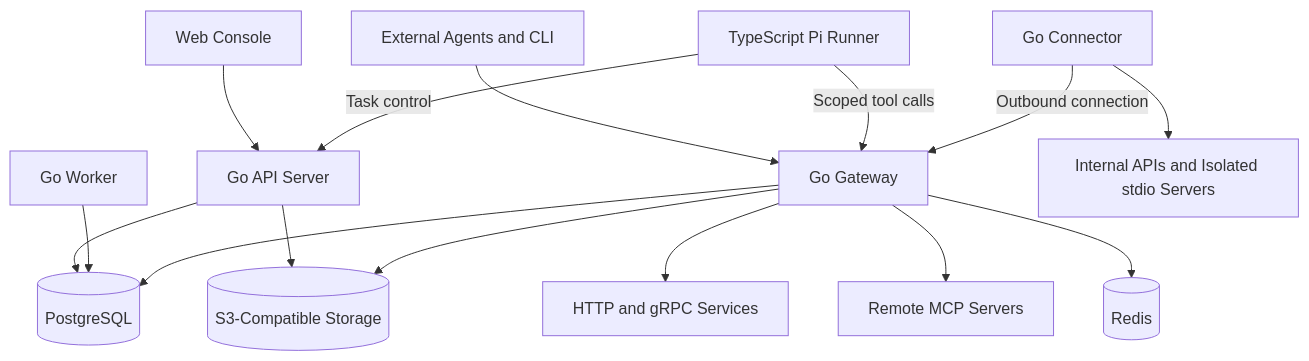
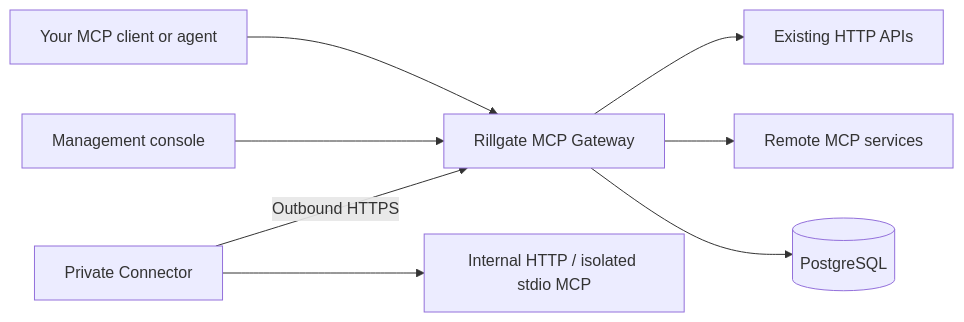
The diagram in README.md (alan1-666/mcp-gateway), drawn with Mermaid before and after one commit. The commit also changed other lines of this file and 92 other files, not shown here.

````diff
--- a/README.md
+++ b/README.md
@@ -82,17 +15,10 @@
 ```mermaid
-flowchart TD
-    UI[Web Console] --> API[Go API Server]
-    EXT[External Agents and CLI] --> GW[Go Gateway]
-    PI[TypeScript Pi Runner] -->|Task control| API
-    PI -->|Scoped tool calls| GW
-    API --> DB[(PostgreSQL)]
-    WORKER[Go Worker] --> DB
-    GW --> DB
-    GW --> SERVICES[HTTP and gRPC Services]
-    GW --> MCP[Remote MCP Servers]
-    CONNECTOR[Go Connector] -->|Outbound connection| GW
-    CONNECTOR --> INTERNAL[Internal APIs and Isolated stdio Servers]
-    API --> OBJECTS[(S3-Compatible Storage)]
-    GW --> OBJECTS
-    GW --> CACHE[(Redis)]
+flowchart LR
+    Client[Your MCP client or agent] --> Gateway[Rillgate MCP Gateway]
+    Console[Management console] --> Gateway
+    Gateway --> HTTP[Existing HTTP APIs]
+    Gateway --> MCP[Remote MCP services]
+    Connector[Private Connector] -->|Outbound HTTPS| Gateway
+    Connector --> Private[Internal HTTP / isolated stdio MCP]
+    Gateway --> DB[(PostgreSQL)]
 ```
````
